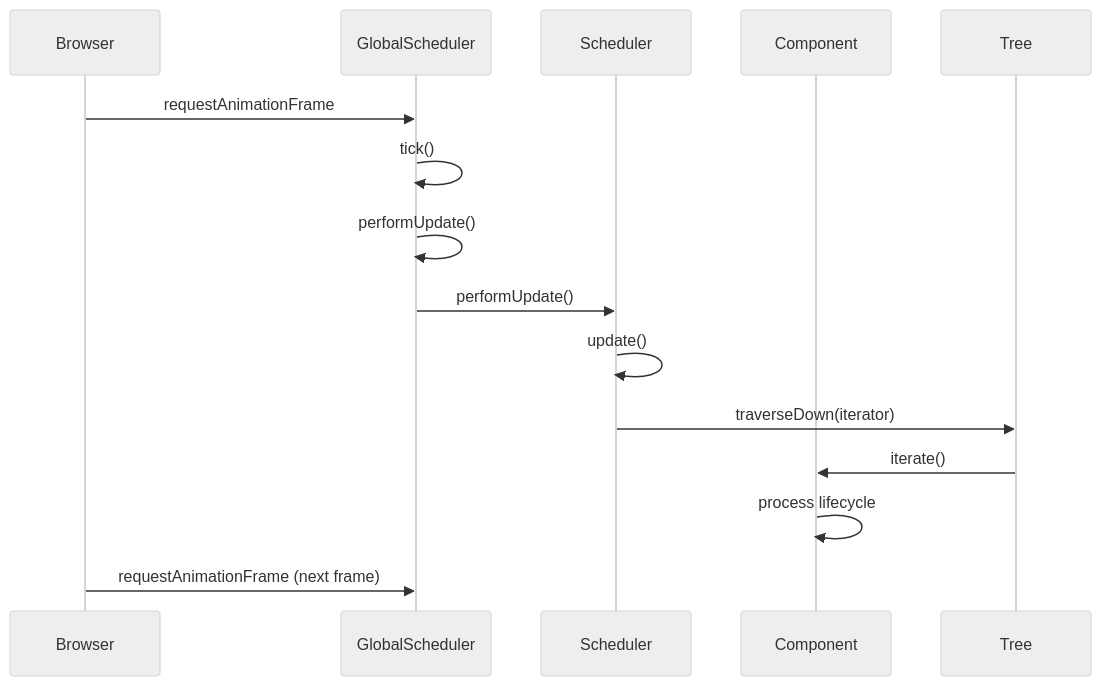
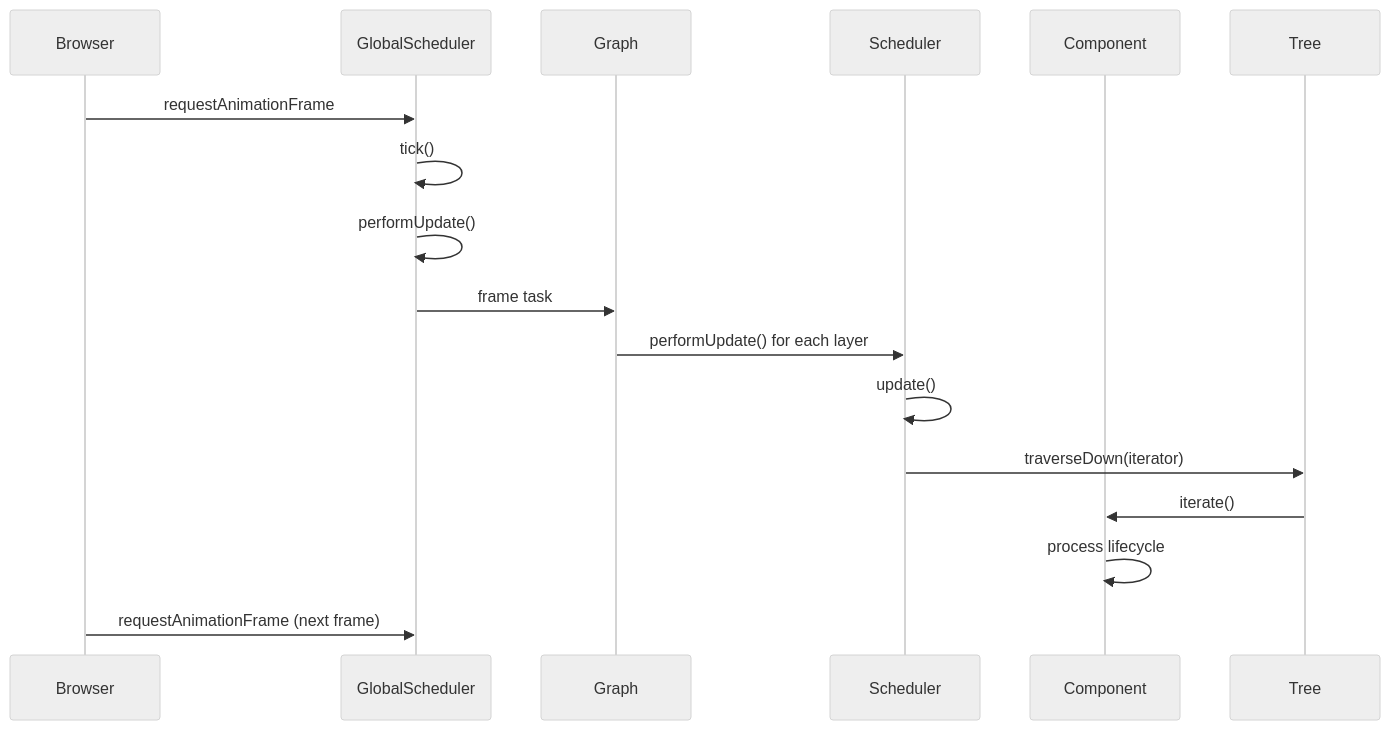
One commit to gravity-ui/graph changed the second of 7 diagrams in packages/graph/docs/system/scheduler-system.md. Above: the diagram before and after it, drawn with Mermaid (neutral theme). The commit also changed other lines of this file and 25 other files, not shown here.

First line of the commit message:
fix(graph)!: let the graph drive its layers and keep graphs collectable (#395)

````diff
--- a/packages/graph/docs/system/scheduler-system.md
+++ b/packages/graph/docs/system/scheduler-system.md
@@ -73,17 +101,19 @@
 ```mermaid
 sequenceDiagram
     participant Browser
     participant GlobalScheduler
+    participant Graph
     participant Scheduler
     participant Component
     
     Browser->>GlobalScheduler: requestAnimationFrame
     GlobalScheduler->>GlobalScheduler: tick()
     GlobalScheduler->>GlobalScheduler: performUpdate()
-    GlobalScheduler->>Scheduler: performUpdate()
+    GlobalScheduler->>Graph: frame task
+    Graph->>Scheduler: performUpdate() for each layer
     Scheduler->>Scheduler: update()
     Scheduler->>Tree: traverseDown(iterator)
     Tree->>Component: iterate()
     Component->>Component: process lifecycle
     Browser->>GlobalScheduler: requestAnimationFrame (next frame)
 ```
````
